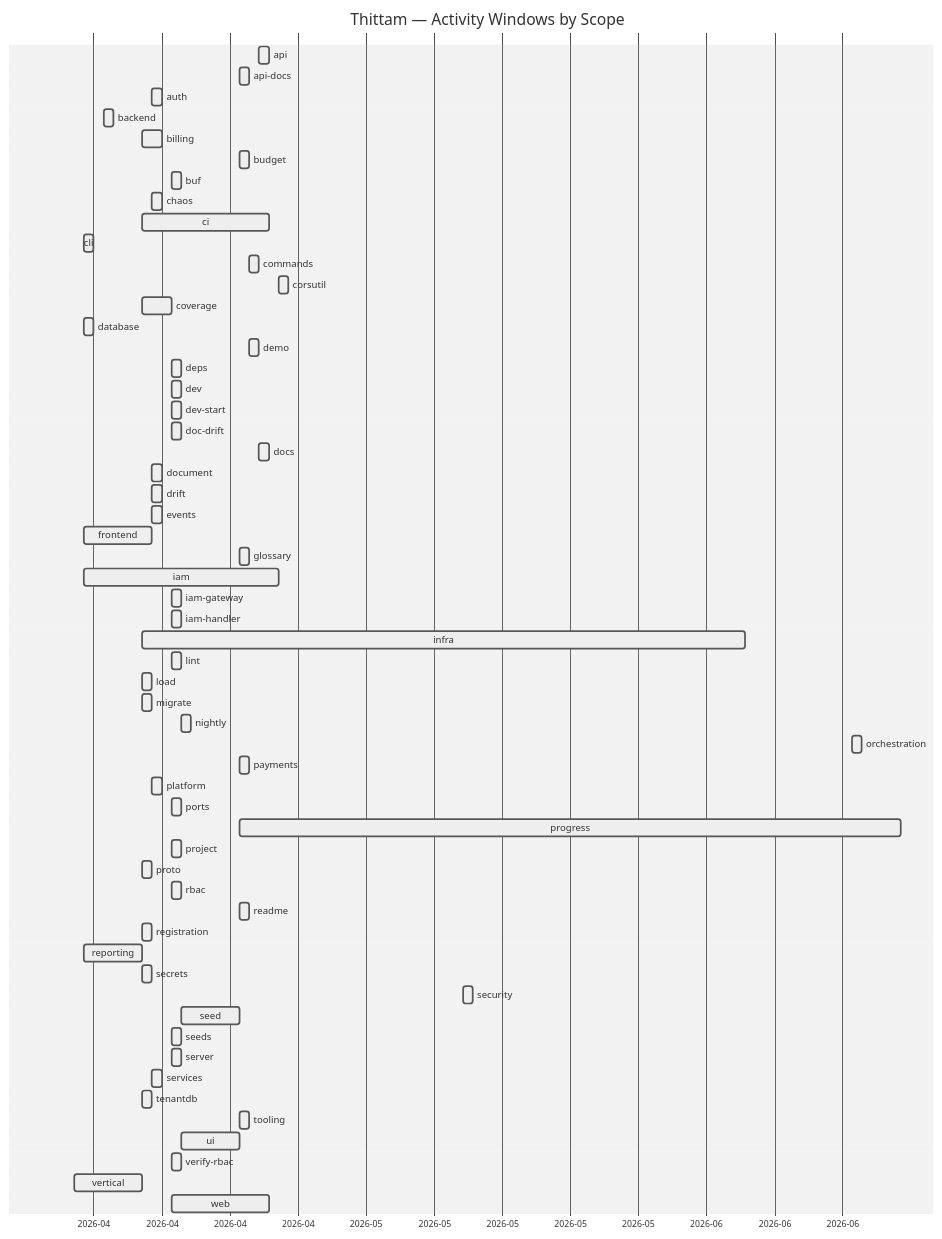
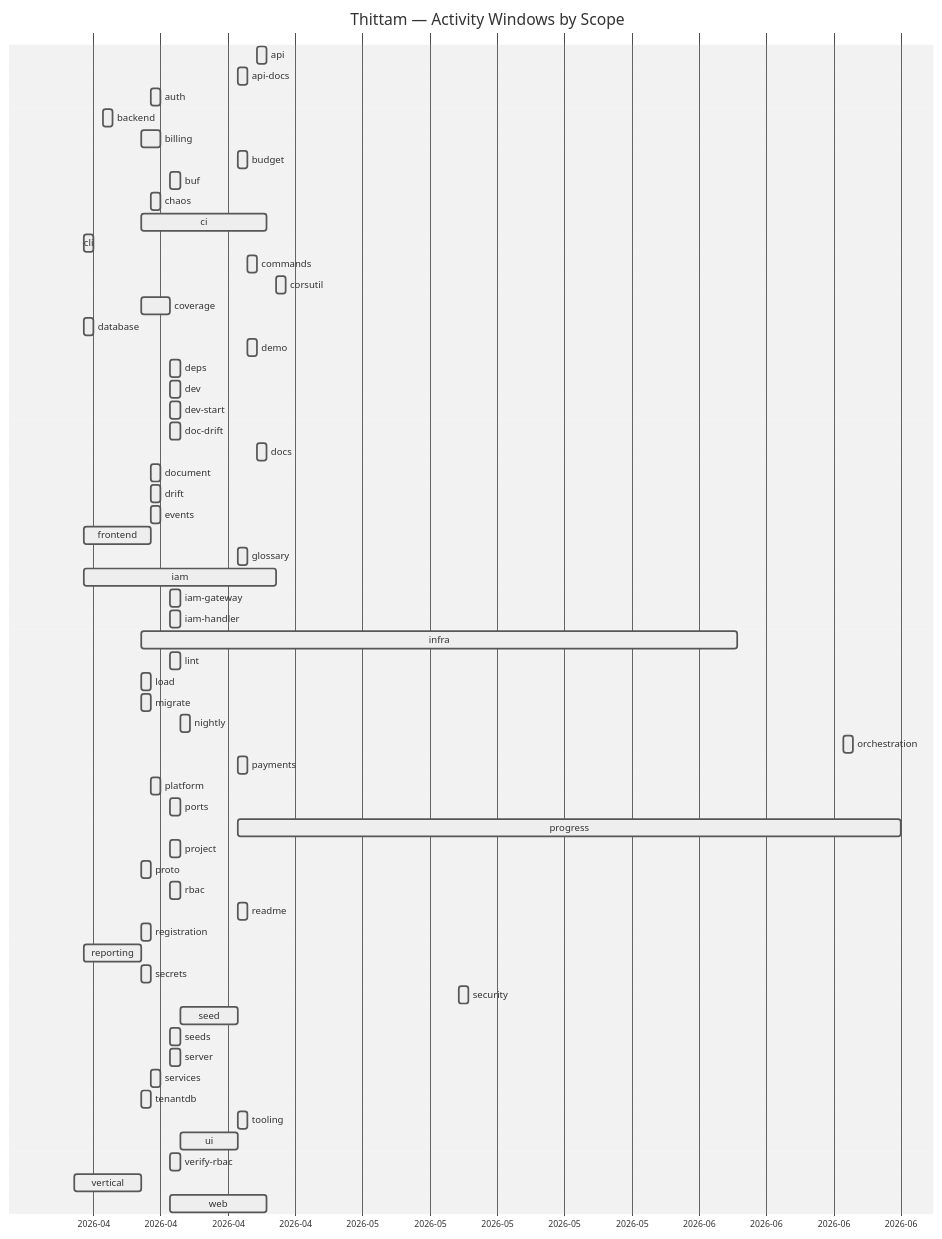
The diagram in docs/PROGRESS.md (wegofwd2020-hub/thittam), drawn with Mermaid (neutral theme) before and after one commit. The commit also changed other lines of this file and 1 other file, not shown here.

Commit message:
chore(progress): nightly update of docs/PROGRESS.md + CSVs

````diff
--- a/docs/PROGRESS.md
+++ b/docs/PROGRESS.md
@@ -9,62 +9,62 @@
 ```mermaid
 gantt
     title Thittam — Activity Windows by Scope
     dateFormat YYYY-MM-DD
     axisFormat %Y-%m
     api                :active, s_api, 2026-04-22, 2026-04-23
     api-docs           :active, s_api_docs, 2026-04-20, 2026-04-21
     auth               :active, s_auth, 2026-04-11, 2026-04-12
     backend            :active, s_backend, 2026-04-06, 2026-04-07
     billing            :active, s_billing, 2026-04-10, 2026-04-12
     budget             :active, s_budget, 2026-04-20, 2026-04-21
     buf                :active, s_buf, 2026-04-13, 2026-04-14
     chaos              :active, s_chaos, 2026-04-11, 2026-04-12
     ci                 :active, s_ci, 2026-04-10, 2026-04-23
     cli                :active, s_cli, 2026-04-04, 2026-04-05
     commands           :active, s_commands, 2026-04-21, 2026-04-22
     corsutil           :active, s_corsutil, 2026-04-24, 2026-04-25
     coverage           :active, s_coverage, 2026-04-10, 2026-04-13
     database           :active, s_database, 2026-04-04, 2026-04-05
     demo               :active, s_demo, 2026-04-21, 2026-04-22
     deps               :active, s_deps, 2026-04-13, 2026-04-14
     dev                :active, s_dev, 2026-04-13, 2026-04-14
     dev-start          :active, s_dev_start, 2026-04-13, 2026-04-14
     doc-drift          :active, s_doc_drift, 2026-04-13, 2026-04-14
     docs               :active, s_docs, 2026-04-22, 2026-04-23
     document           :active, s_document, 2026-04-11, 2026-04-12
     drift              :active, s_drift, 2026-04-11, 2026-04-12
     events             :active, s_events, 2026-04-11, 2026-04-12
     frontend           :active, s_frontend, 2026-04-04, 2026-04-11
     glossary           :active, s_glossary, 2026-04-20, 2026-04-21
     iam                :active, s_iam, 2026-04-04, 2026-04-24
     iam-gateway        :active, s_iam_gateway, 2026-04-13, 2026-04-14
     iam-handler        :active, s_iam_handler, 2026-04-13, 2026-04-14
     infra              :active, s_infra, 2026-04-10, 2026-06-11
     lint               :active, s_lint, 2026-04-13, 2026-04-14
     load               :active, s_load, 2026-04-10, 2026-04-11
     migrate            :active, s_migrate, 2026-04-10, 2026-04-11
     nightly            :active, s_nightly, 2026-04-14, 2026-04-15
     orchestration      :active, s_orchestration, 2026-06-22, 2026-06-23
     payments           :active, s_payments, 2026-04-20, 2026-04-21
     platform           :active, s_platform, 2026-04-11, 2026-04-12
     ports              :active, s_ports, 2026-04-13, 2026-04-14
-    progress           :active, s_progress, 2026-04-20, 2026-06-27
+    progress           :active, s_progress, 2026-04-20, 2026-06-28
     project            :active, s_project, 2026-04-13, 2026-04-14
     proto              :active, s_proto, 2026-04-10, 2026-04-11
     rbac               :active, s_rbac, 2026-04-13, 2026-04-14
     readme             :active, s_readme, 2026-04-20, 2026-04-21
     registration       :active, s_registration, 2026-04-10, 2026-04-11
     reporting          :active, s_reporting, 2026-04-04, 2026-04-10
     secrets            :active, s_secrets, 2026-04-10, 2026-04-11
     security           :active, s_security, 2026-05-13, 2026-05-14
     seed               :active, s_seed, 2026-04-14, 2026-04-20
     seeds              :active, s_seeds, 2026-04-13, 2026-04-14
     server             :active, s_server, 2026-04-13, 2026-04-14
     services           :active, s_services, 2026-04-11, 2026-04-12
     tenantdb           :active, s_tenantdb, 2026-04-10, 2026-04-11
     tooling            :active, s_tooling, 2026-04-20, 2026-04-21
     ui                 :active, s_ui, 2026-04-14, 2026-04-20
     verify-rbac        :active, s_verify_rbac, 2026-04-13, 2026-04-14
     vertical           :active, s_vertical, 2026-04-03, 2026-04-10
     web                :active, s_web, 2026-04-13, 2026-04-23
 ```
````
